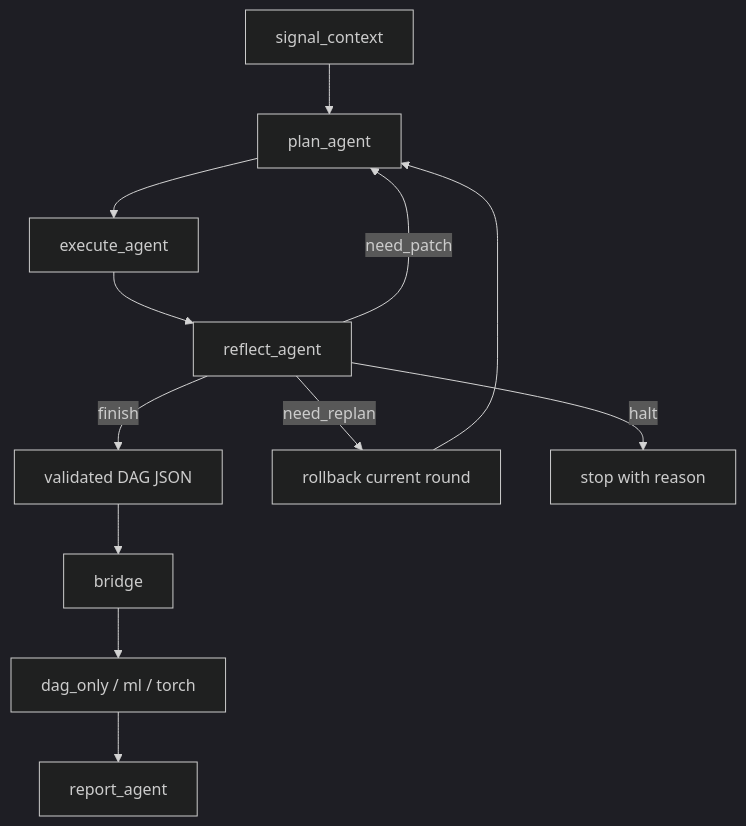
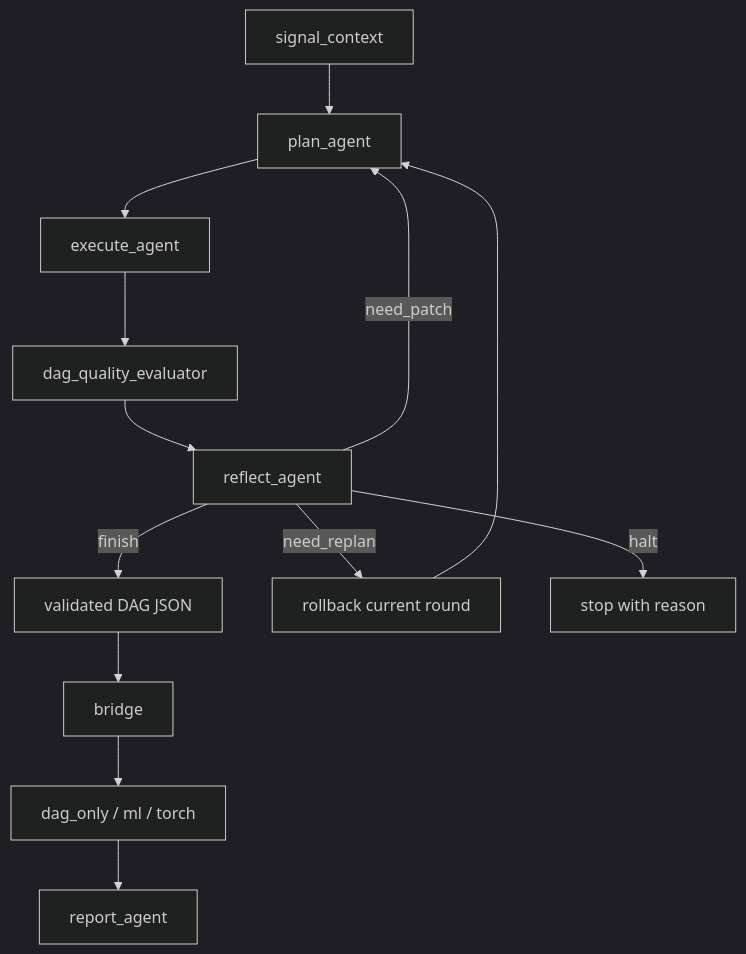
Before and after one commit to PHMbench/PHMGA: the diagram in doc/structure/02_workflow_and_bridge.md, drawn with Mermaid (dark theme). The commit also changed other lines of this file and 11 other files, not shown here.

````diff
--- a/doc/structure/02_workflow_and_bridge.md
+++ b/doc/structure/02_workflow_and_bridge.md
@@ -21,17 +28,18 @@
 ```mermaid
 flowchart TD
     A[signal_context]
     B[plan_agent]
     C[execute_agent]
-    D[reflect_agent]
-    E[validated DAG JSON]
-    F[bridge]
-    G[dag_only / ml / torch]
-    H[report_agent]
+    D[dag_quality_evaluator]
+    E[reflect_agent]
+    F[validated DAG JSON]
+    G[bridge]
+    H[dag_only / ml / torch]
+    I[report_agent]
 
-    A --> B --> C --> D
-    D -- need_patch --> B
-    D -- need_replan --> R[rollback current round] --> B
-    D -- finish --> E --> F --> G --> H
-    D -- halt --> X[stop with reason]
+    A --> B --> C --> D --> E
+    E -- need_patch --> B
+    E -- need_replan --> R[rollback current round] --> B
+    E -- finish --> F --> G --> H --> I
+    E -- halt --> X[stop with reason]
 ```
````
